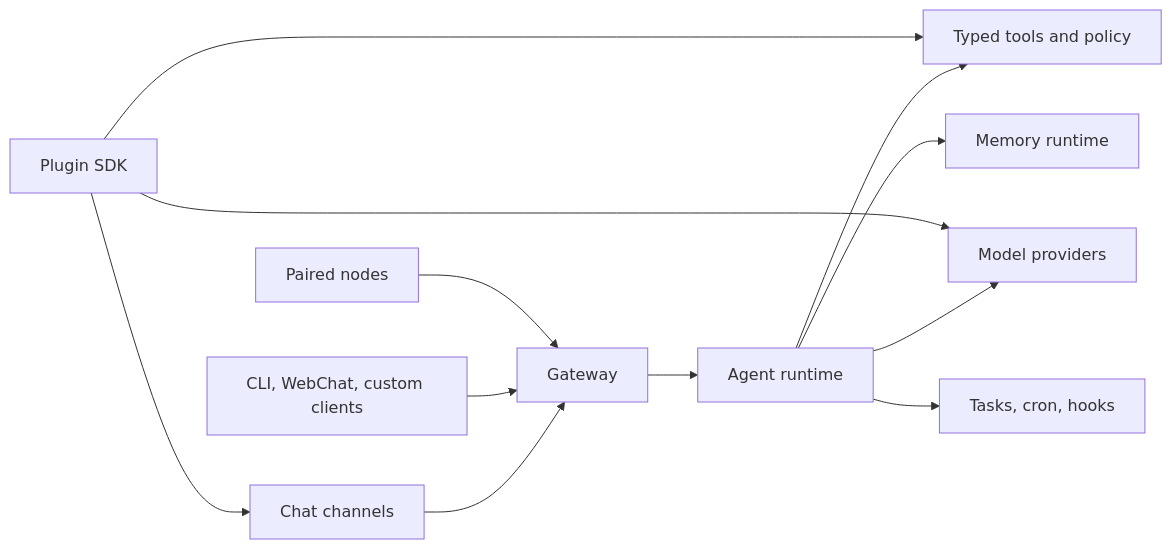
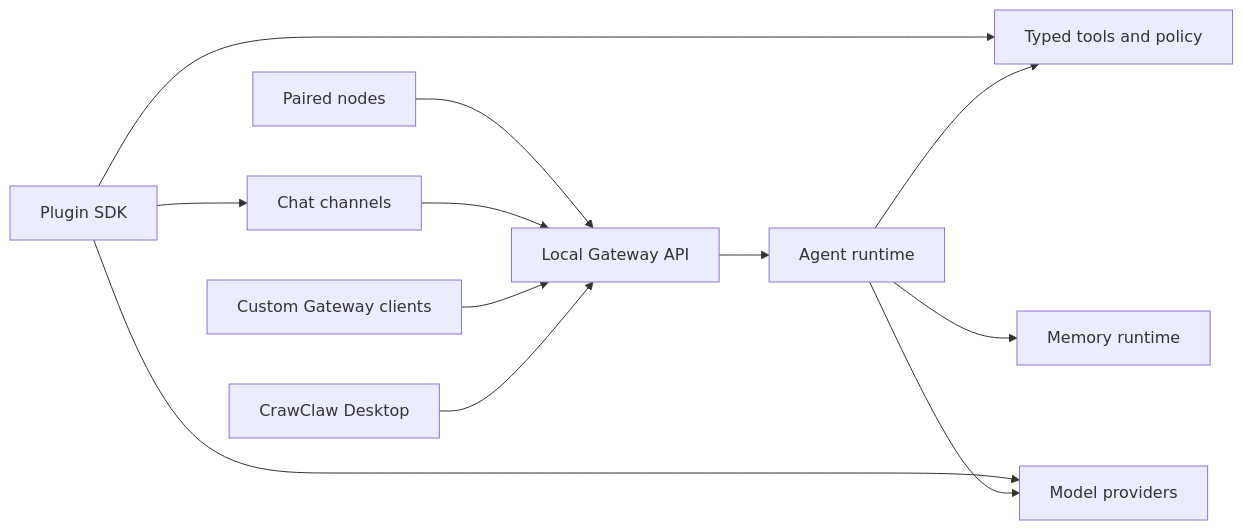
The diagram in README.md (qianleigood/crawclaw), drawn with Mermaid before and after one commit. The commit also changed other lines of this file and 3677 other files, not shown here.

````diff
--- a/README.md
+++ b/README.md
@@ -156,14 +81,14 @@
 ```mermaid
 flowchart LR
-  Channels["Chat channels"] --> Gateway["Gateway"]
-  Clients["CLI, WebChat, custom clients"] --> Gateway
+  Desktop["CrawClaw Desktop"] --> Gateway["Local Gateway API"]
+  Clients["Custom Gateway clients"] --> Gateway
+  Channels["Chat channels"] --> Gateway
   Nodes["Paired nodes"] --> Gateway
   Gateway --> Agent["Agent runtime"]
   Agent --> Tools["Typed tools and policy"]
   Agent --> Providers["Model providers"]
   Agent --> Memory["Memory runtime"]
-  Agent --> Automation["Tasks, cron, hooks"]
   Plugins["Plugin SDK"] --> Channels
   Plugins --> Tools
   Plugins --> Providers
 ```
````
